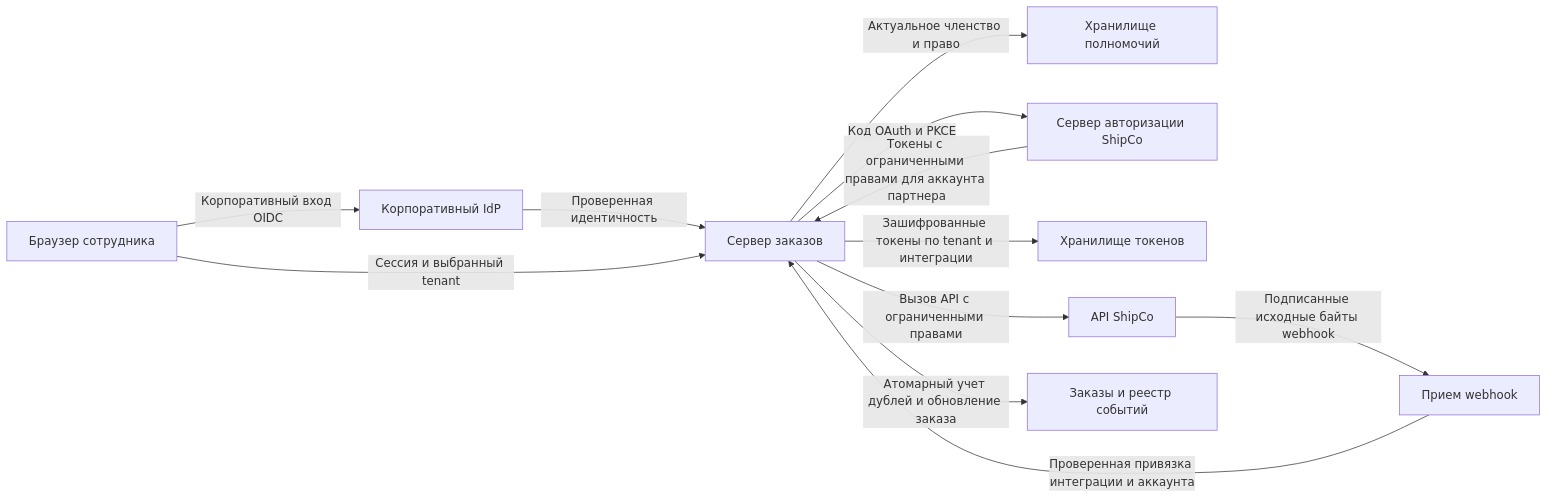
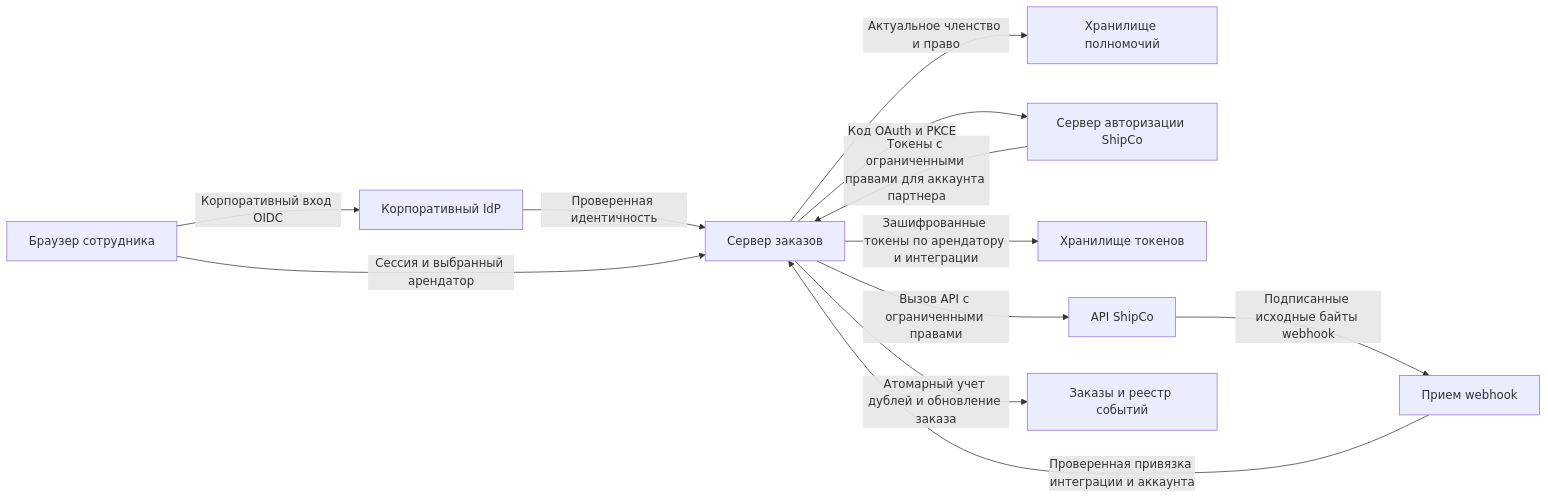
Before and after one commit to defrixx/defrixx.github.io: the diagram in content/hub/reviews/delivery-api/overview.ru.md, drawn with Mermaid. The commit also changed other lines of this file and 147 other files, not shown here.

````diff
--- a/content/hub/reviews/delivery-api/overview.ru.md
+++ b/content/hub/reviews/delivery-api/overview.ru.md
@@ -15,14 +15,14 @@
 ```mermaid
 flowchart LR
   E[Браузер сотрудника] -->|Корпоративный вход OIDC| IDP[Корпоративный IdP]
   IDP -->|Проверенная идентичность| B[Сервер заказов]
-  E -->|Сессия и выбранный tenant| B
+  E -->|Сессия и выбранный арендатор| B
   B -->|Актуальное членство и право| P[Хранилище полномочий]
   B -->|Код OAuth и PKCE| A[Сервер авторизации ShipCo]
   A -->|Токены с ограниченными правами для аккаунта партнера| B
-  B -->|Зашифрованные токены по tenant и интеграции| V[Хранилище токенов]
+  B -->|Зашифрованные токены по арендатору и интеграции| V[Хранилище токенов]
   B -->|Вызов API с ограниченными правами| D[API ShipCo]
   D -->|Подписанные исходные байты webhook| W[Прием webhook]
   W -->|Проверенная привязка интеграции и аккаунта| B
   B -->|Атомарный учет дублей и обновление заказа| O[Заказы и реестр событий]
 ```
````
